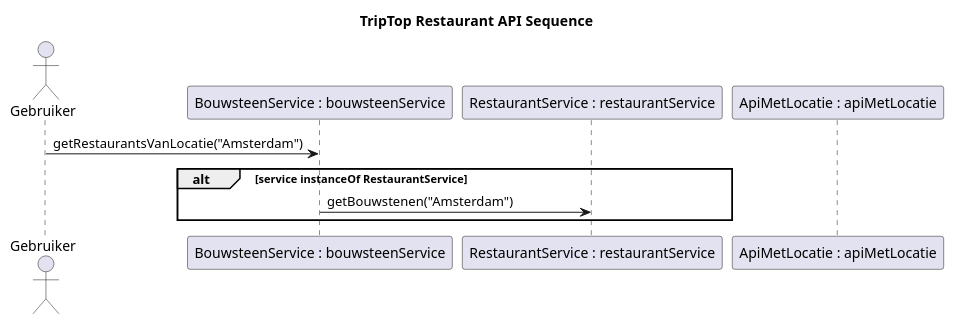
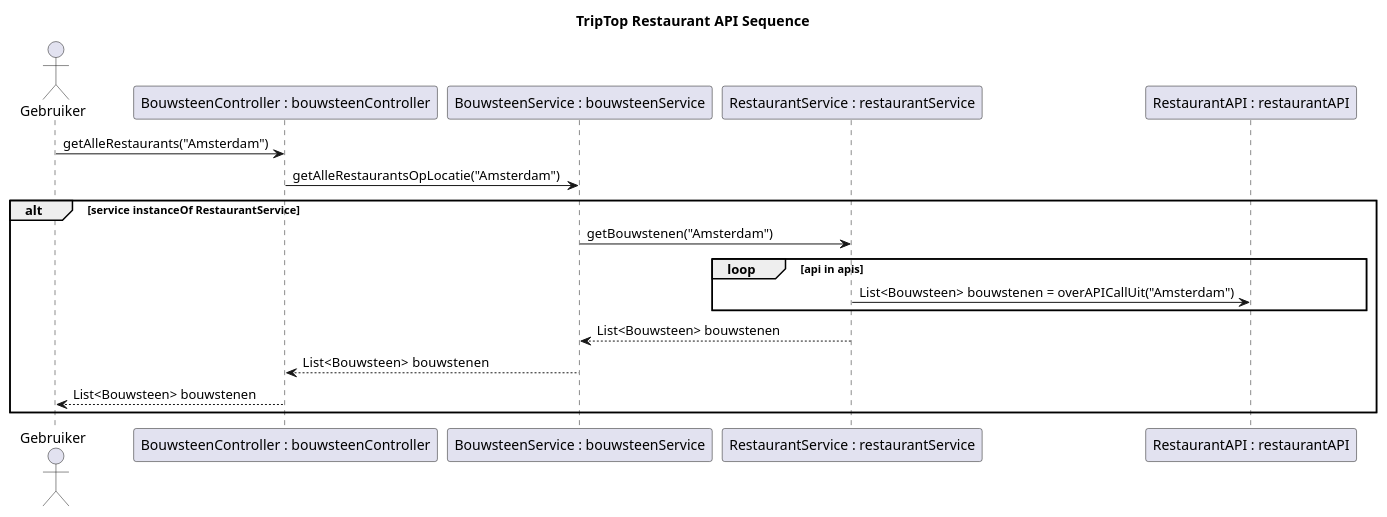
One commit to AIM-ENE-feb25/triptop-groep-1-met-third-wheel changed the diagram in individueel/diagram/sequence/Rianne-TripTopSequenceDiagram.puml. Above: the diagram before and after it, drawn with PlantUML. The commit also changed 3 other files, not shown here.

Commit message:
Diagrammen + begeleidende tekst

```diff
--- a/individueel/diagram/sequence/Rianne-TripTopSequenceDiagram.puml
+++ b/individueel/diagram/sequence/Rianne-TripTopSequenceDiagram.puml
@@ -1,15 +1,21 @@
 @startuml
 title TripTop Restaurant API Sequence
 actor Gebruiker
-participant "BouwsteenService : bouwsteenService" as bouwsteenService
+participant "BouwsteenController : bouwsteenController" as controller
+participant "BouwsteenService : bouwsteenService" as service
 participant "RestaurantService : restaurantService" as restaurantService
-participant "ApiMetLocatie : apiMetLocatie" as apiMetLocatie
+participant "RestaurantAPI : restaurantAPI" as restaurantAPI
+Gebruiker -> controller : getAlleRestaurants("Amsterdam")
+controller -> service : getAlleRestaurantsOpLocatie("Amsterdam")
+    alt service instanceOf RestaurantService
+                service -> restaurantService : getBouwstenen("Amsterdam")
+        loop api in apis
+             restaurantService -> restaurantAPI : List<Bouwsteen> bouwstenen = overAPICallUit("Amsterdam")
+        end
 
-Gebruiker -> bouwsteenService : getRestaurantsVanLocatie("Amsterdam")
-    alt service instanceOf RestaurantService
-                bouwsteenService -> restaurantService : getBouwstenen("Amsterdam")
-
+restaurantService --> service: List<Bouwsteen> bouwstenen
+service --> controller : List<Bouwsteen>  bouwstenen
+controller --> Gebruiker : List<Bouwsteen> bouwstenen
             end
 
-
 @enduml
```
